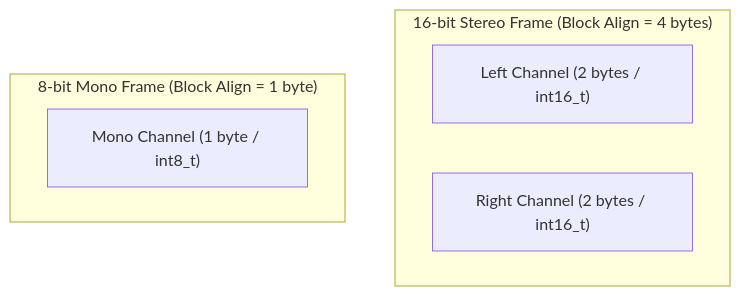
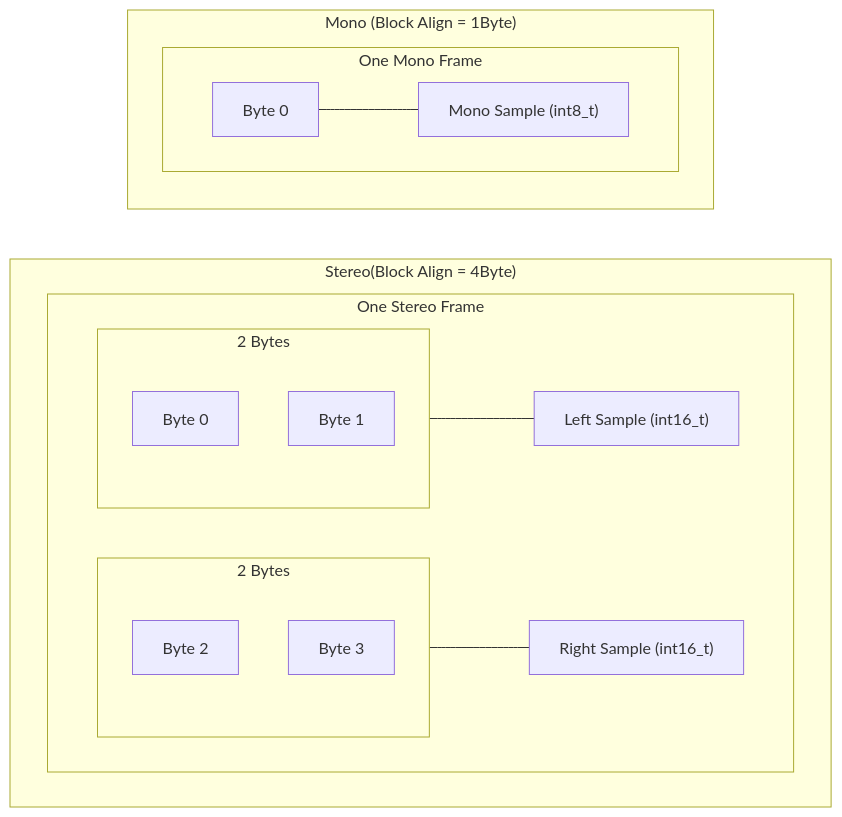
One commit to TANISHX1/C-C_Plus_Plus-Programs changed the diagram in Audio_processing/basic/vol_control_analysis.md. Above: the diagram before and after it, drawn with Mermaid. The commit also changed other lines of this file, not shown here.

````diff
--- a/Audio_processing/basic/vol_control_analysis.md
+++ b/Audio_processing/basic/vol_control_analysis.md
@@ -77,11 +77,34 @@
 ```mermaid
-graph TD
-    subgraph "16-bit Stereo Frame (Block Align = 4 bytes)"
-    L["Left Channel (2 bytes / int16_t)"]
-    R["Right Channel (2 bytes / int16_t)"]
+
+graph LR
+    subgraph "Stereo(Block Align = 4Byte)"
+        direction LR
+        subgraph FrameS ["One Stereo Frame"]
+            direction LR
+            L_Sample["Left Sample (int16_t)"]
+            R_Sample["Right Sample (int16_t)"]
+            
+            subgraph L_Bytes ["2 Bytes"]
+                B0[Byte 0]
+                B1[Byte 1]
+            end
+            
+            subgraph R_Bytes ["2 Bytes"]
+                B2[Byte 2]
+                B3[Byte 3]
+            end
+        end
     end
     
-    subgraph "8-bit Mono Frame (Block Align = 1 byte)"
-    M["Mono Channel (1 byte / int8_t)"]
+    L_Bytes --- L_Sample
+    R_Bytes --- R_Sample
+
+    subgraph " Mono (Block Align = 1Byte)"
+        subgraph FrameM ["One Mono Frame"]
+            M_Sample["Mono Sample (int8_t)"]
+            B_Mono[Byte 0]
+        end
     end
+    
+    B_Mono --- M_Sample
 ```
````
